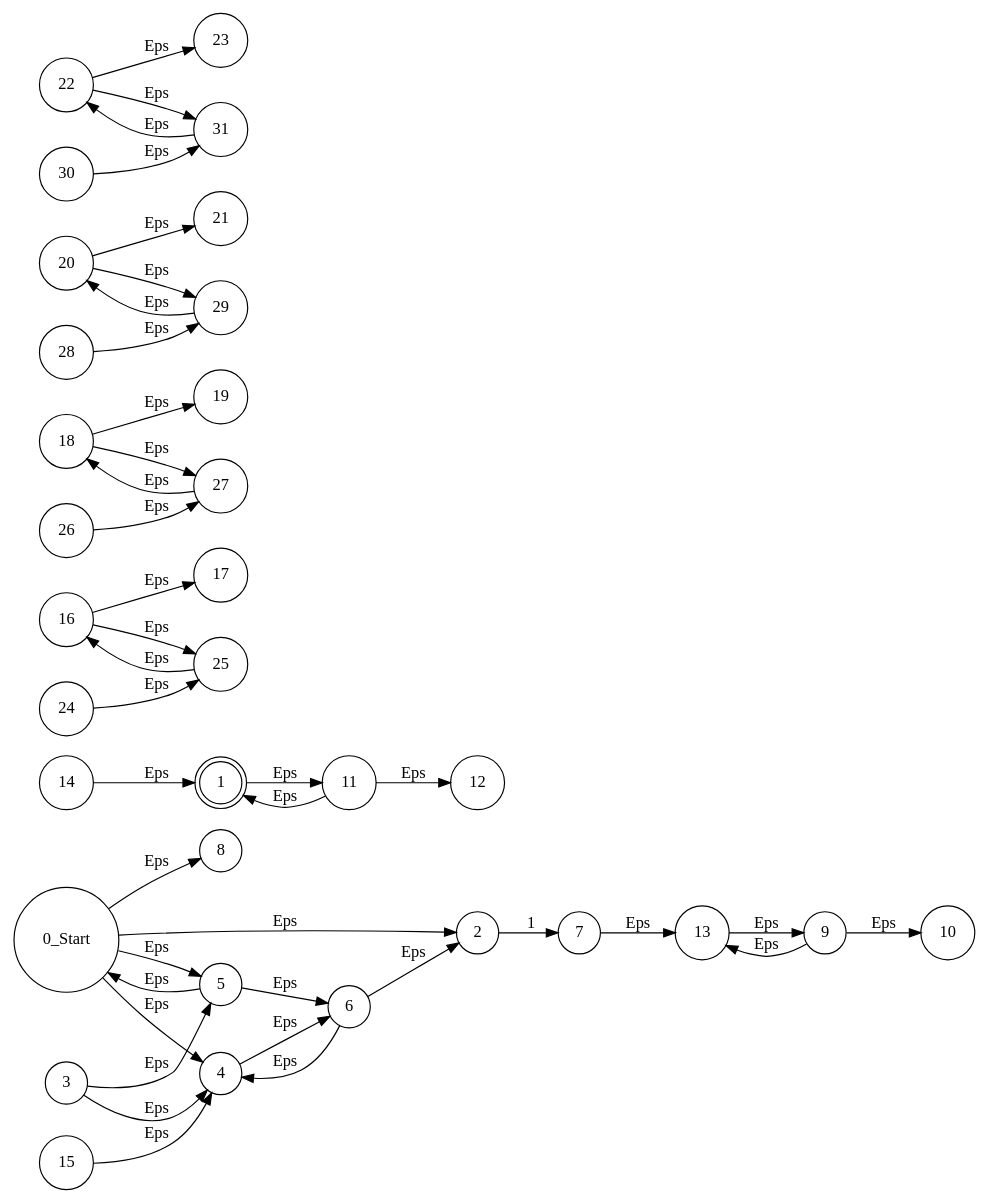
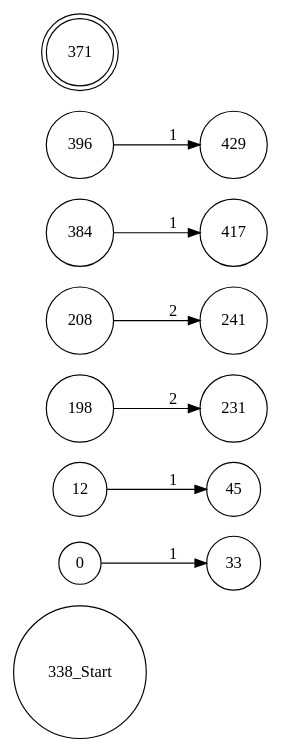
Before and after one commit to vnmsklnk/Interpreter-RegEx: the diagram in src/Interpreter/data/AstToDotRes.dot, drawn with Graphviz. The commit also changed 10 other files, not shown here.

```diff
--- a/src/Interpreter/data/AstToDotRes.dot
+++ b/src/Interpreter/data/AstToDotRes.dot
@@ -1,81 +1,19 @@
 digraph nfa
 {
 rankdir = LR
 node [shape = circle];
-0[shape = circle, label = "0_Start"]
-0 -> 2 [label = "Eps"]
+338[shape = circle, label = "338_Start"]
+0 -> 33 [label = "1"]
 
-0 -> 4 [label = "Eps"]
+12 -> 45 [label = "1"]
 
-0 -> 5 [label = "Eps"]
+198 -> 231 [label = "2"]
 
-3 -> 4 [label = "Eps"]
+208 -> 241 [label = "2"]
 
-3 -> 5 [label = "Eps"]
+384 -> 417 [label = "1"]
 
-2 -> 7 [label = "1"]
+396 -> 429 [label = "1"]
 
-5 -> 0 [label = "Eps"]
-
-6 -> 2 [label = "Eps"]
-
-4 -> 6 [label = "Eps"]
-
-5 -> 6 [label = "Eps"]
-
-6 -> 4 [label = "Eps"]
-
-0 -> 8 [label = "Eps"]
-
-1 -> 11 [label = "Eps"]
-
-7 -> 13 [label = "Eps"]
-
-11 -> 1 [label = "Eps"]
-
-14 -> 1 [label = "Eps"]
-
-15 -> 4 [label = "Eps"]
-
-9 -> 10 [label = "Eps"]
-
-9 -> 13 [label = "Eps"]
-
-11 -> 12 [label = "Eps"]
-
-13 -> 9 [label = "Eps"]
-
-16 -> 17 [label = "Eps"]
-
-18 -> 19 [label = "Eps"]
-
-20 -> 21 [label = "Eps"]
-
-22 -> 23 [label = "Eps"]
-
-16 -> 25 [label = "Eps"]
-
-18 -> 27 [label = "Eps"]
-
-20 -> 29 [label = "Eps"]
-
-22 -> 31 [label = "Eps"]
-
-25 -> 16 [label = "Eps"]
-
-27 -> 18 [label = "Eps"]
-
-29 -> 20 [label = "Eps"]
-
-31 -> 22 [label = "Eps"]
-
-24 -> 25 [label = "Eps"]
-
-26 -> 27 [label = "Eps"]
-
-28 -> 29 [label = "Eps"]
-
-30 -> 31 [label = "Eps"]
-
-1[shape = doublecircle]
+371[shape = doublecircle]
 }
```
